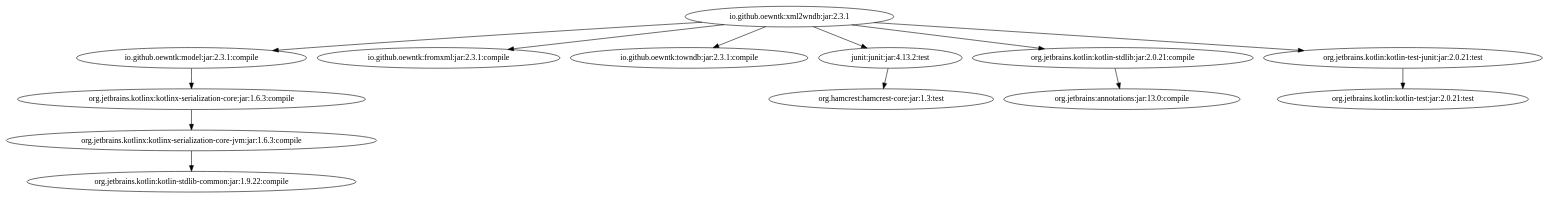
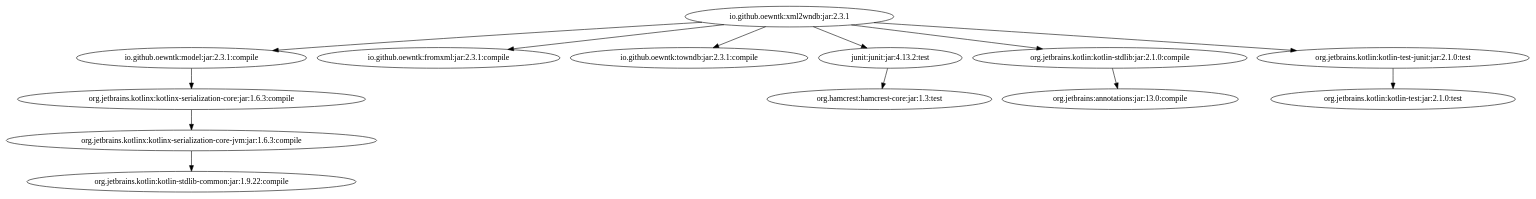
One commit to oewntk/grind_xml2wndb changed the diagram in images/grind-xml2wndb.dot. Above: the diagram before and after it, drawn with Graphviz.

Commit message:
dot regen

```diff
--- a/images/grind-xml2wndb.dot
+++ b/images/grind-xml2wndb.dot
@@ -1,14 +1,14 @@
 digraph "io.github.oewntk:xml2wndb:jar:2.3.1" { 
 	"io.github.oewntk:xml2wndb:jar:2.3.1" -> "io.github.oewntk:model:jar:2.3.1:compile" ; 
 	"io.github.oewntk:xml2wndb:jar:2.3.1" -> "io.github.oewntk:fromxml:jar:2.3.1:compile" ; 
 	"io.github.oewntk:xml2wndb:jar:2.3.1" -> "io.github.oewntk:towndb:jar:2.3.1:compile" ; 
 	"io.github.oewntk:xml2wndb:jar:2.3.1" -> "junit:junit:jar:4.13.2:test" ; 
-	"io.github.oewntk:xml2wndb:jar:2.3.1" -> "org.jetbrains.kotlin:kotlin-stdlib:jar:2.0.21:compile" ; 
-	"io.github.oewntk:xml2wndb:jar:2.3.1" -> "org.jetbrains.kotlin:kotlin-test-junit:jar:2.0.21:test" ; 
+	"io.github.oewntk:xml2wndb:jar:2.3.1" -> "org.jetbrains.kotlin:kotlin-stdlib:jar:2.1.0:compile" ;
+	"io.github.oewntk:xml2wndb:jar:2.3.1" -> "org.jetbrains.kotlin:kotlin-test-junit:jar:2.1.0:test" ;
 	"io.github.oewntk:model:jar:2.3.1:compile" -> "org.jetbrains.kotlinx:kotlinx-serialization-core:jar:1.6.3:compile" ; 
 	"org.jetbrains.kotlinx:kotlinx-serialization-core:jar:1.6.3:compile" -> "org.jetbrains.kotlinx:kotlinx-serialization-core-jvm:jar:1.6.3:compile" ; 
 	"org.jetbrains.kotlinx:kotlinx-serialization-core-jvm:jar:1.6.3:compile" -> "org.jetbrains.kotlin:kotlin-stdlib-common:jar:1.9.22:compile" ; 
 	"junit:junit:jar:4.13.2:test" -> "org.hamcrest:hamcrest-core:jar:1.3:test" ; 
-	"org.jetbrains.kotlin:kotlin-stdlib:jar:2.0.21:compile" -> "org.jetbrains:annotations:jar:13.0:compile" ; 
-	"org.jetbrains.kotlin:kotlin-test-junit:jar:2.0.21:test" -> "org.jetbrains.kotlin:kotlin-test:jar:2.0.21:test" ; 
+	"org.jetbrains.kotlin:kotlin-stdlib:jar:2.1.0:compile" -> "org.jetbrains:annotations:jar:13.0:compile" ;
+	"org.jetbrains.kotlin:kotlin-test-junit:jar:2.1.0:test" -> "org.jetbrains.kotlin:kotlin-test:jar:2.1.0:test" ;
  } 
```
